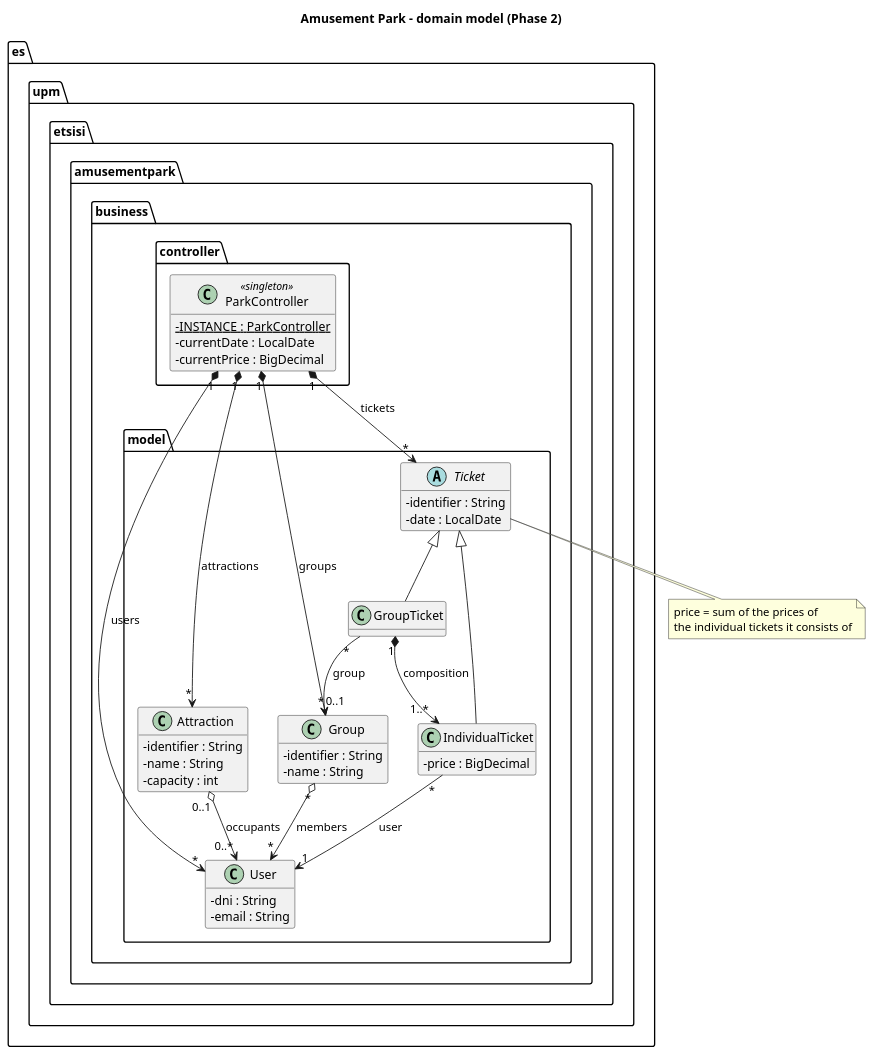
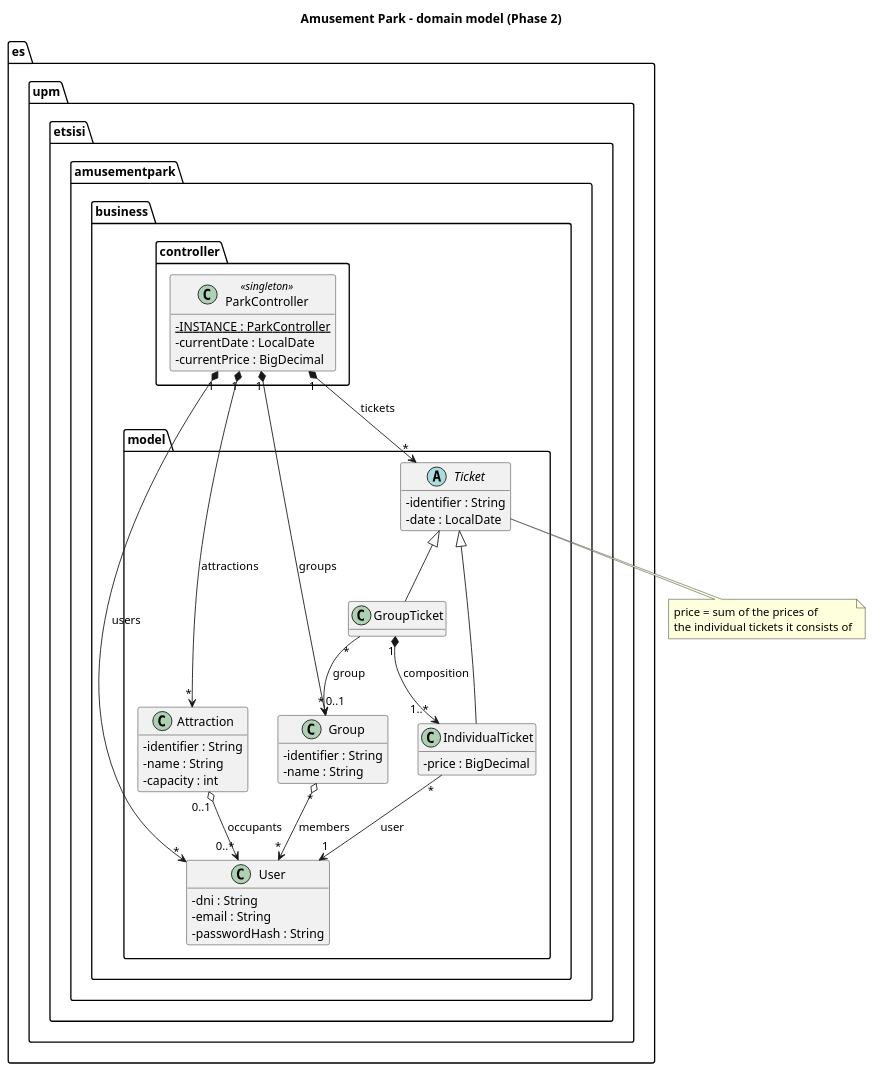
One commit to skai-upm/caise27 changed the diagram in uml/model.puml. Above: the diagram before and after it, drawn with PlantUML. The commit also changed 14 other files, not shown here.

```diff
--- a/uml/model.puml
+++ b/uml/model.puml
@@ -1,62 +1,63 @@
 @startuml model
 title Amusement Park - domain model (Phase 2)
 hide empty methods
 skinparam classAttributeIconSize 0
 
 package es.upm.etsisi.amusementpark.business.controller {
   class ParkController <<singleton>> {
     - {static} INSTANCE : ParkController
     - currentDate : LocalDate
     - currentPrice : BigDecimal
   }
 }
 
 package es.upm.etsisi.amusementpark.business.model {
   class User {
     - dni : String
     - email : String
+    - passwordHash : String
   }
 
   class Group {
     - identifier : String
     - name : String
   }
 
   abstract class Ticket {
     - identifier : String
     - date : LocalDate
   }
 
   class IndividualTicket {
     - price : BigDecimal
   }
 
   class GroupTicket {
   }
 
   class Attraction {
     - identifier : String
     - name : String
     - capacity : int
   }
 }
 
 Ticket <|-- IndividualTicket
 Ticket <|-- GroupTicket
 
 IndividualTicket "*" --> "1" User : user
 GroupTicket "1" *--> "1..*" IndividualTicket : composition
 GroupTicket "*" --> "0..1" Group : group
 Group "*" o--> "*" User : members
 Attraction "0..1" o--> "0..*" User : occupants
 
 ParkController "1" *--> "*" User : users
 ParkController "1" *--> "*" Group : groups
 ParkController "1" *--> "*" Ticket : tickets
 ParkController "1" *--> "*" Attraction : attractions
 
 note bottom of Ticket
   price = sum of the prices of
   the individual tickets it consists of
 end note
 @enduml
```
